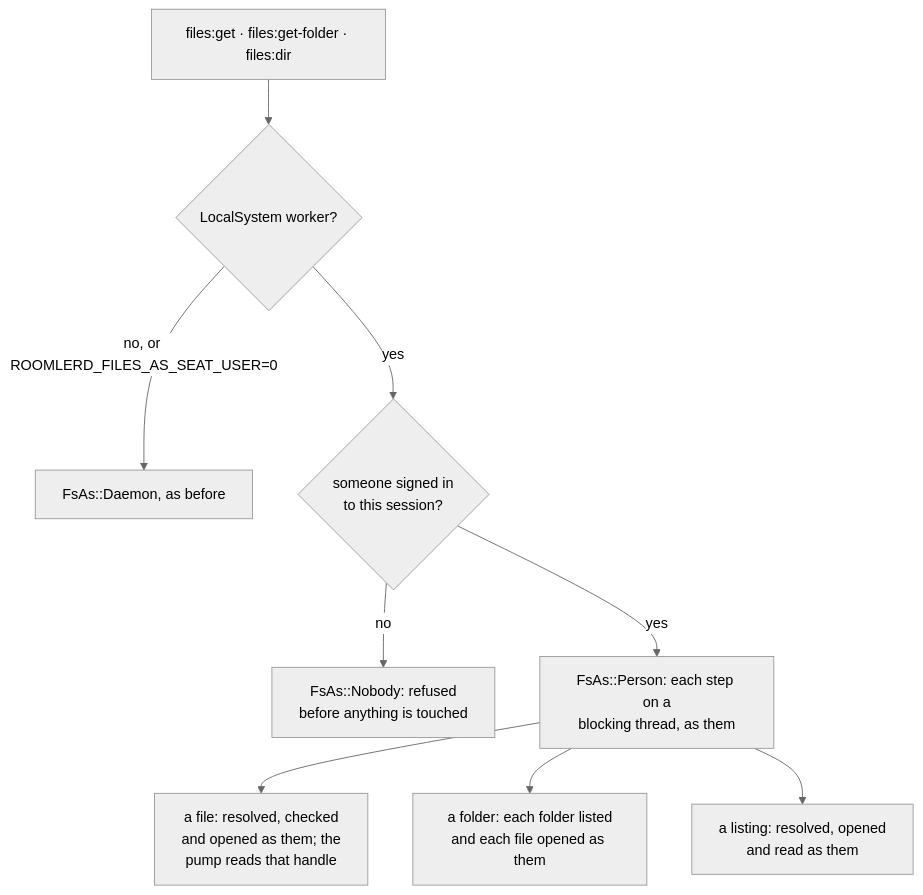
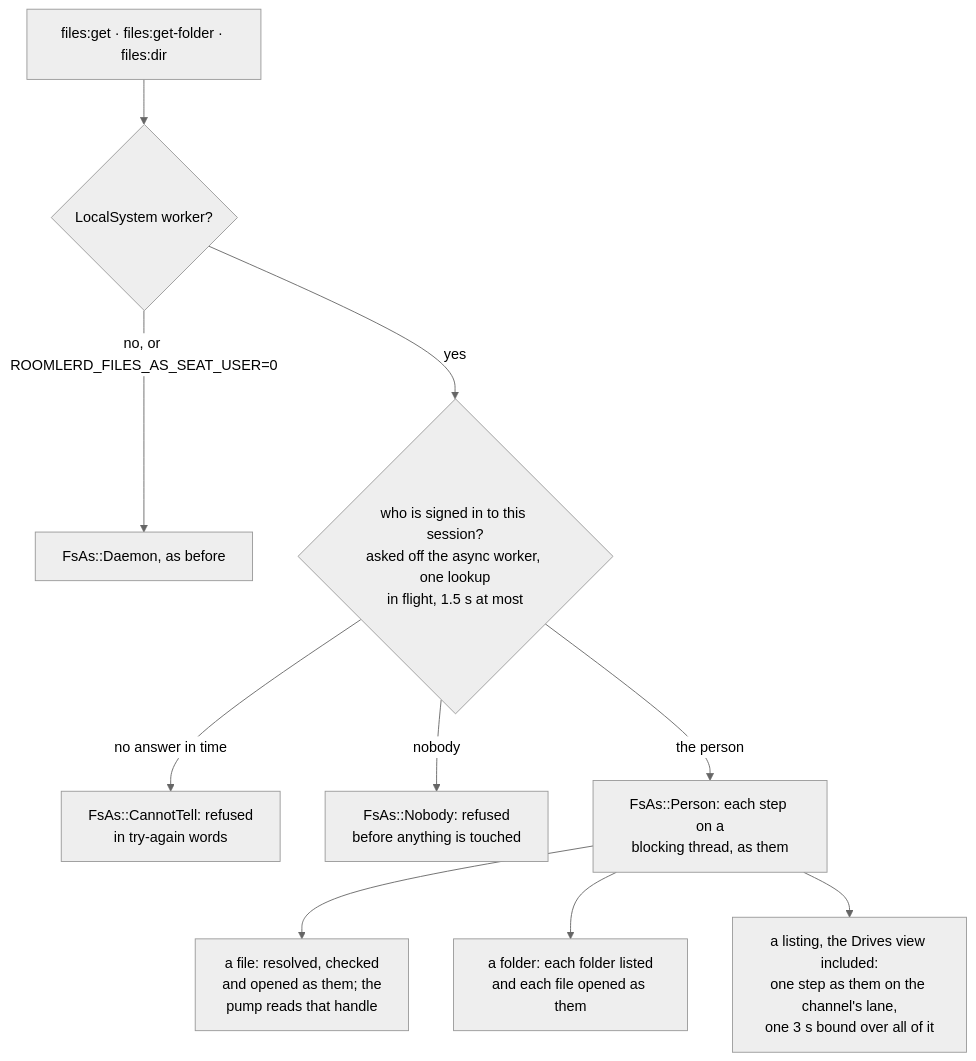
Before and after one commit to gjovanov/roomler-ai: the tenth of 43 diagrams in docs/desktop-companion.md, drawn with Mermaid (neutral theme). The commit also changed other lines of this file and 9 other files, not shown here.

````diff
--- a/docs/desktop-companion.md
+++ b/docs/desktop-companion.md
@@ -845,11 +845,12 @@
 ```mermaid
 flowchart TD
     R["files:get · files:get-folder · files:dir"] --> L{"LocalSystem worker?"}
     L -- "no, or ROOMLERD_FILES_AS_SEAT_USER=0" --> D["FsAs::Daemon, as before"]
-    L -- "yes" --> S{"someone signed in<br/>to this session?"}
-    S -- "no" --> N["FsAs::Nobody: refused<br/>before anything is touched"]
-    S -- "yes" --> P["FsAs::Person: each step on a<br/>blocking thread, as them"]
+    L -- "yes" --> S{"who is signed in to this session?<br/>asked off the async worker, one lookup<br/>in flight, 1.5 s at most"}
+    S -- "no answer in time" --> C["FsAs::CannotTell: refused<br/>in try-again words"]
+    S -- "nobody" --> N["FsAs::Nobody: refused<br/>before anything is touched"]
+    S -- "the person" --> P["FsAs::Person: each step on a<br/>blocking thread, as them"]
     P --> F["a file: resolved, checked<br/>and opened as them; the<br/>pump reads that handle"]
     P --> Z["a folder: each folder listed<br/>and each file opened as them"]
-    P --> G["a listing: resolved, opened<br/>and read as them"]
+    P --> G["a listing, the Drives view included:<br/>one step as them on the channel's lane,<br/>one 3 s bound over all of it"]
 ```
````
